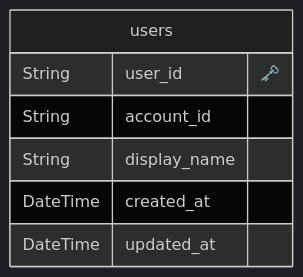
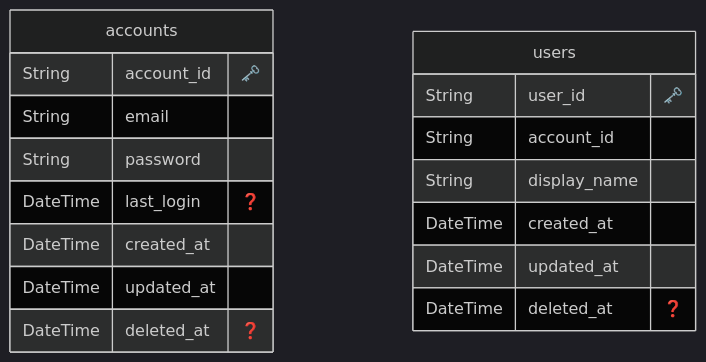
Before and after one commit to Geek-Teck-Mentors/trend_diary: the diagram in prisma/ERD.md, drawn with Mermaid (dark theme). The commit also changed 4 other files, not shown here.

Commit message:
feat: prisma schema

````diff
--- a/prisma/ERD.md
+++ b/prisma/ERD.md
@@ -1,12 +1,24 @@
 ```mermaid
 erDiagram
+
+  "accounts" {
+    String account_id "🗝️"
+    String email 
+    String password 
+    DateTime last_login "❓"
+    DateTime created_at 
+    DateTime updated_at 
+    DateTime deleted_at "❓"
+    }
+  
 
   "users" {
     String user_id "🗝️"
     String account_id 
     String display_name 
     DateTime created_at 
     DateTime updated_at 
+    DateTime deleted_at "❓"
     }
   
 ```
````
